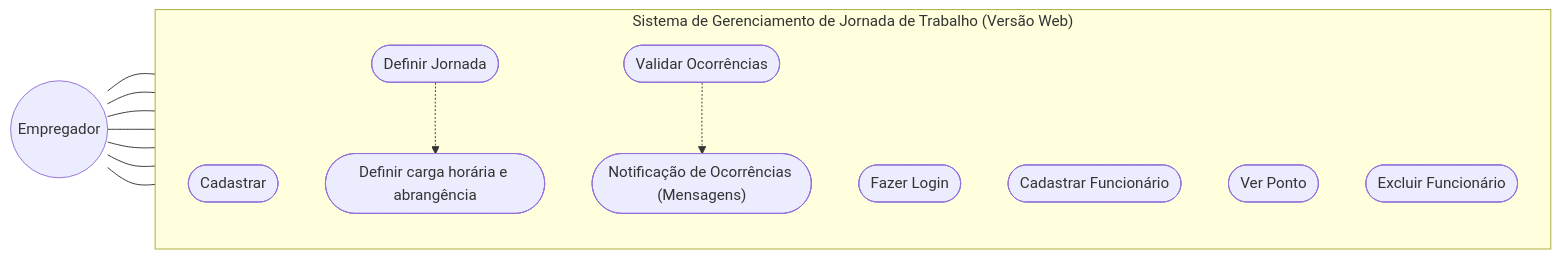
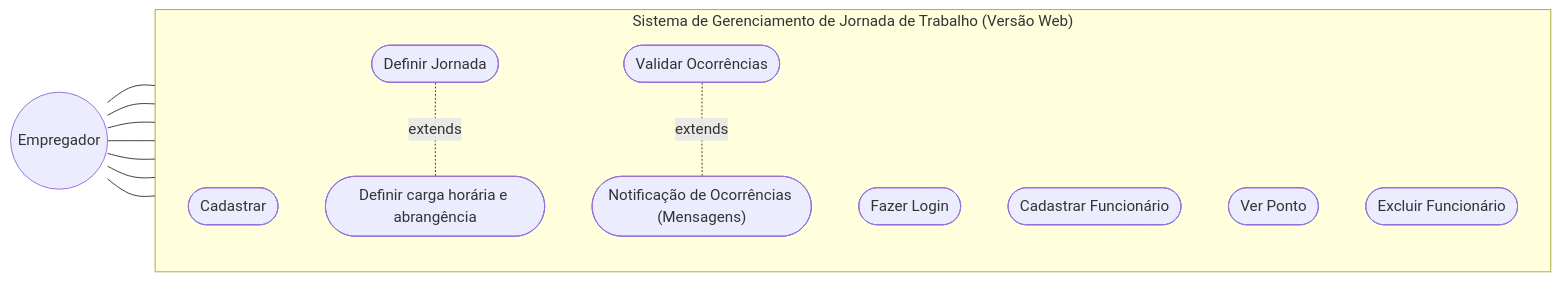
One commit to DanBenedetti/GeoPonto changed the second of 2 diagrams in README.md. Above: the diagram before and after it, drawn with Mermaid.

Commit message:
Ajuste Diagrama de Caso de Uso

````diff
--- a/README.md
+++ b/README.md
@@ -83,29 +83,29 @@
 ```mermaid
 flowchart LR
     actor((Empregador))
 
     subgraph Sistema ["Sistema de Gerenciamento de Jornada de Trabalho (Versão Web)"]
         direction TB
         UC1([Cadastrar])
         UC2([Fazer Login])
         UC3([Cadastrar Funcionário])
         UC4([Definir Jornada])
         UC5([Validar Ocorrências])
         UC6([Ver Ponto])
         UC7([Excluir Funcionário])
 
         EXT1([Definir carga horária e abrangência])
         EXT2(["Notificação de Ocorrências (Mensagens)"])
 
-        UC4 -.-> EXT1
-        UC5 -.-> EXT2
+        UC4 <-.- |extends| EXT1
+        UC5 <-.- |extends| EXT2
     end
 
     actor --- UC1
     actor --- UC2
     actor --- UC3
     actor --- UC4
     actor --- UC5
     actor --- UC6
     actor --- UC7
 ```
````
